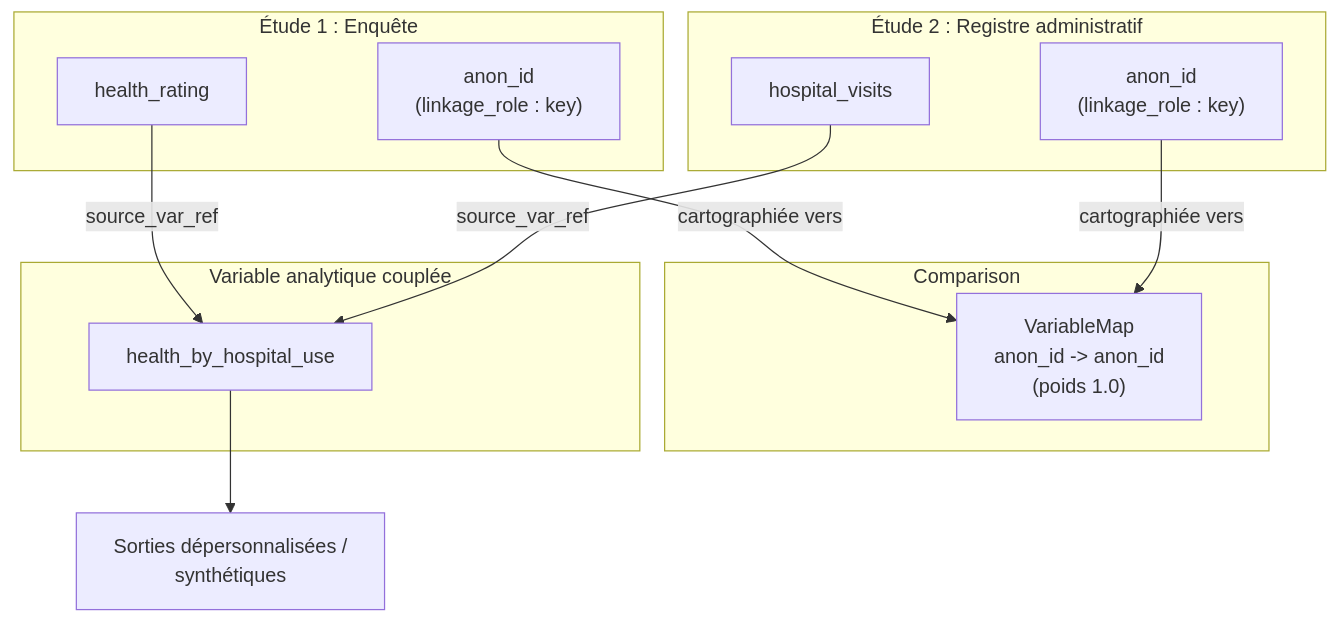
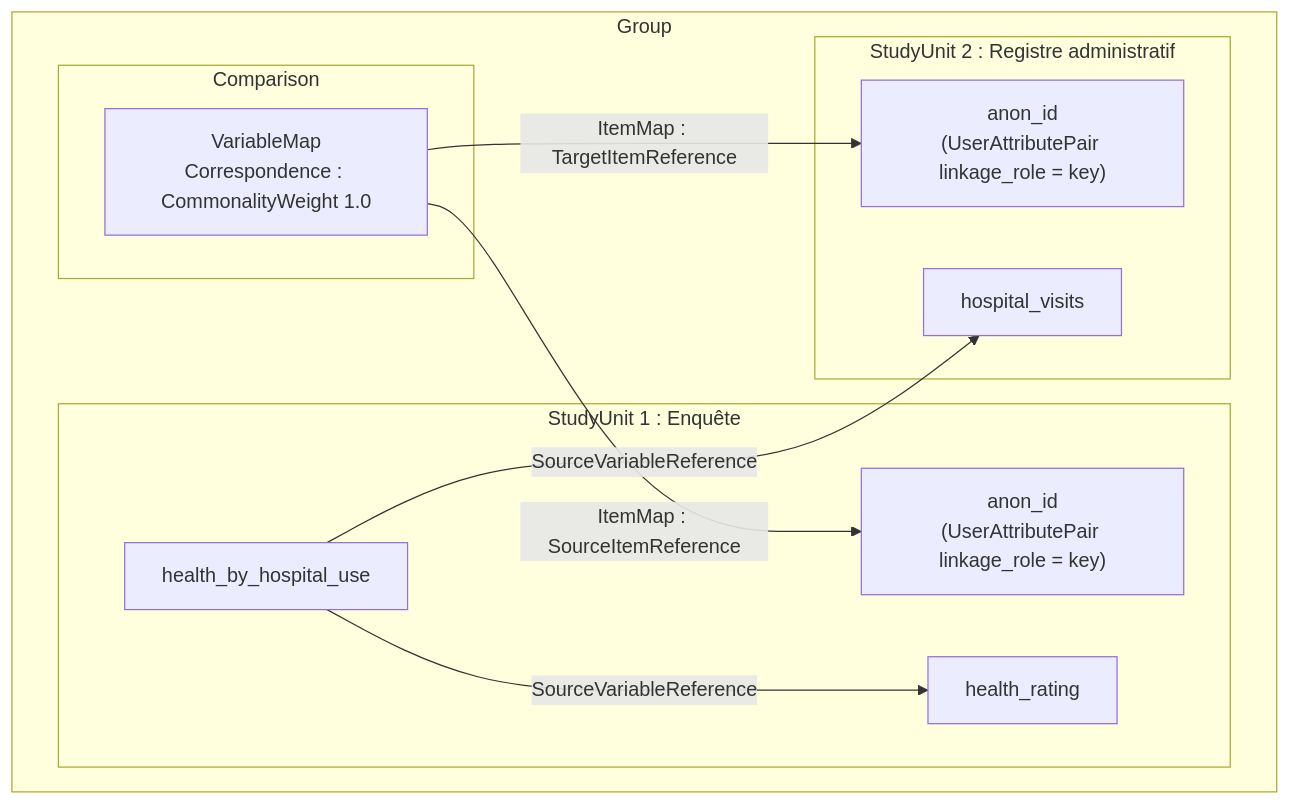
Before and after one commit to pbisson44/ddi-l: the second of 2 diagrams in docs/curriculum/module-12-data-linkage.fr.md, drawn with Mermaid. The commit also changed other lines of this file and 597 other files, not shown here.

````diff
--- a/docs/curriculum/module-12-data-linkage.fr.md
+++ b/docs/curriculum/module-12-data-linkage.fr.md
@@ -307,26 +295,22 @@
 ```mermaid
 flowchart TD
-    subgraph Survey["Étude 1 : Enquête"]
-        SK["anon_id\n(linkage_role : key)"]
-        SH["health_rating"]
+    subgraph Group["Group"]
+        subgraph Comparison["Comparison"]
+            VM["VariableMap\nCorrespondence : CommonalityWeight 1.0"]
+        end
+        subgraph Survey["StudyUnit 1 : Enquête"]
+            SK["anon_id\n(UserAttributePair linkage_role = key)"]
+            SH["health_rating"]
+            L["health_by_hospital_use"]
+        end
+        subgraph Admin["StudyUnit 2 : Registre administratif"]
+            AK["anon_id\n(UserAttributePair linkage_role = key)"]
+            AV["hospital_visits"]
+        end
     end
 
-    subgraph Admin["Étude 2 : Registre administratif"]
-        AK["anon_id\n(linkage_role : key)"]
-        AV["hospital_visits"]
-    end
-
-    subgraph Comparison["Comparison"]
-        VM["VariableMap\nanon_id -> anon_id\n(poids 1.0)"]
-    end
-
-    subgraph Linked["Variable analytique couplée"]
-        L["health_by_hospital_use"]
-    end
-
-    SK -->|"cartographiée vers"| VM
-    AK -->|"cartographiée vers"| VM
-    SH -->|"source_var_ref"| L
-    AV -->|"source_var_ref"| L
-    L --> OUT["Sorties dépersonnalisées /\nsynthétiques"]
+    VM -->|"ItemMap : SourceItemReference"| SK
+    VM -->|"ItemMap : TargetItemReference"| AK
+    L -->|SourceVariableReference| SH
+    L -->|SourceVariableReference| AV
 ```
````
